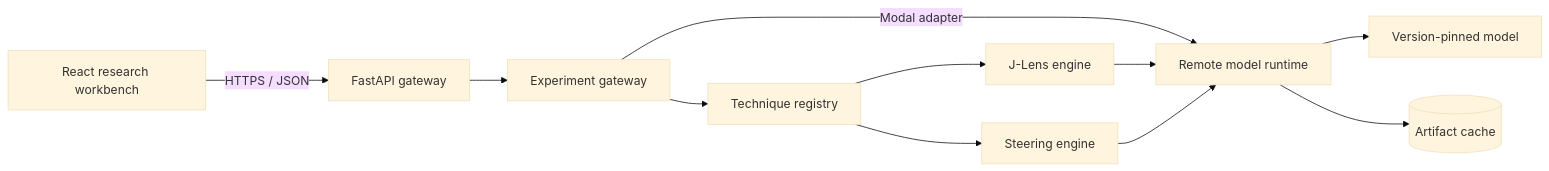
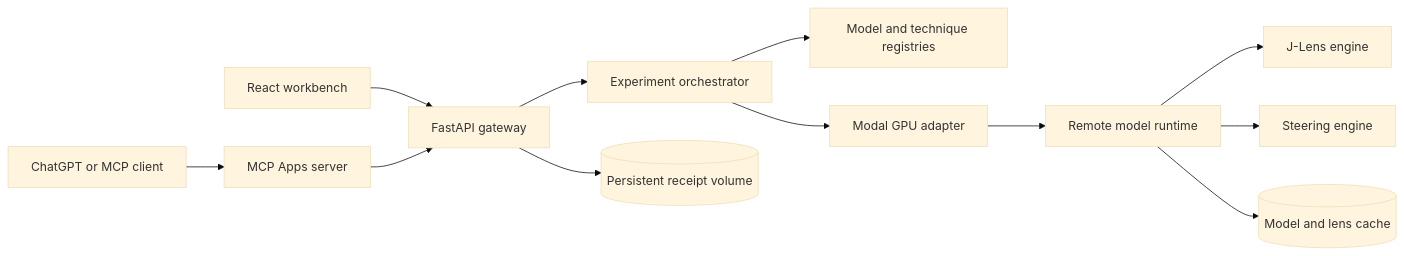
One commit to perfect7613/open-silico changed the diagram in README.md. Above: the diagram before and after it, drawn with Mermaid (base theme). The commit also changed other lines of this file and 5 other files, not shown here.

````diff
--- a/README.md
+++ b/README.md
@@ -61,13 +76,14 @@
 ```mermaid
 flowchart LR
-    UI[React research workbench] -->|HTTPS / JSON| API[FastAPI gateway]
-    API --> E[Experiment gateway]
-    E --> T[Technique registry]
-    E -->|Modal adapter| R[Remote model runtime]
-    T --> J[J-Lens engine]
-    T --> S[Steering engine]
-    J --> R
-    S --> R
-    R --> M[Version-pinned model]
-    R --> V[(Artifact cache)]
+    Browser[React workbench] --> API[FastAPI gateway]
+    ChatGPT[ChatGPT or MCP client] --> MCP[MCP Apps server]
+    MCP --> API
+    API --> Experiments[Experiment orchestrator]
+    Experiments --> Registry[Model and technique registries]
+    Experiments --> Worker[Modal GPU adapter]
+    Worker --> Runtime[Remote model runtime]
+    Runtime --> JL[J-Lens engine]
+    Runtime --> Steering[Steering engine]
+    API --> Receipts[(Persistent receipt volume)]
+    Runtime --> Artifacts[(Model and lens cache)]
 ```
````
